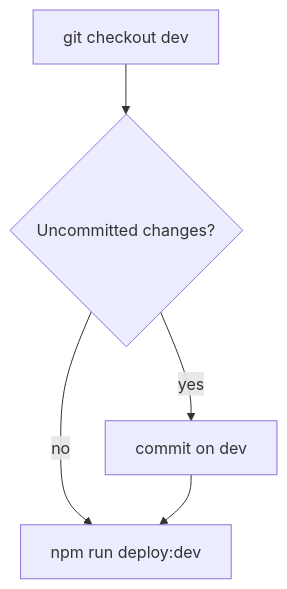
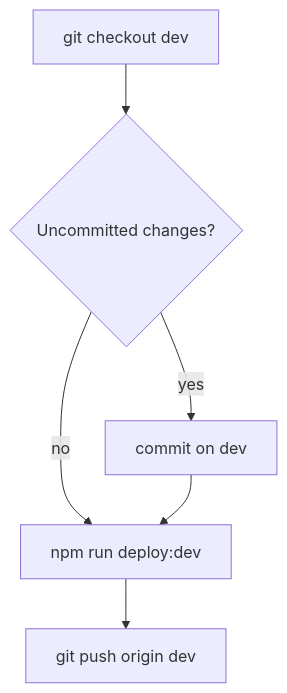
Before and after one commit to irynaBilousSPDev/deAtaCennik: the diagram in .cursor/commands/deploy-dev.md, drawn with Mermaid. The commit also changed other lines of this file and 5 other files, not shown here.

````diff
--- a/.cursor/commands/deploy-dev.md
+++ b/.cursor/commands/deploy-dev.md
@@ -14,7 +14,8 @@
 ```mermaid
 flowchart TD
   A[git checkout dev] --> B{Uncommitted changes?}
   B -->|yes| C[commit on dev]
   B -->|no| D[npm run deploy:dev]
   C --> D
+  D --> E[git push origin dev]
 ```
````
